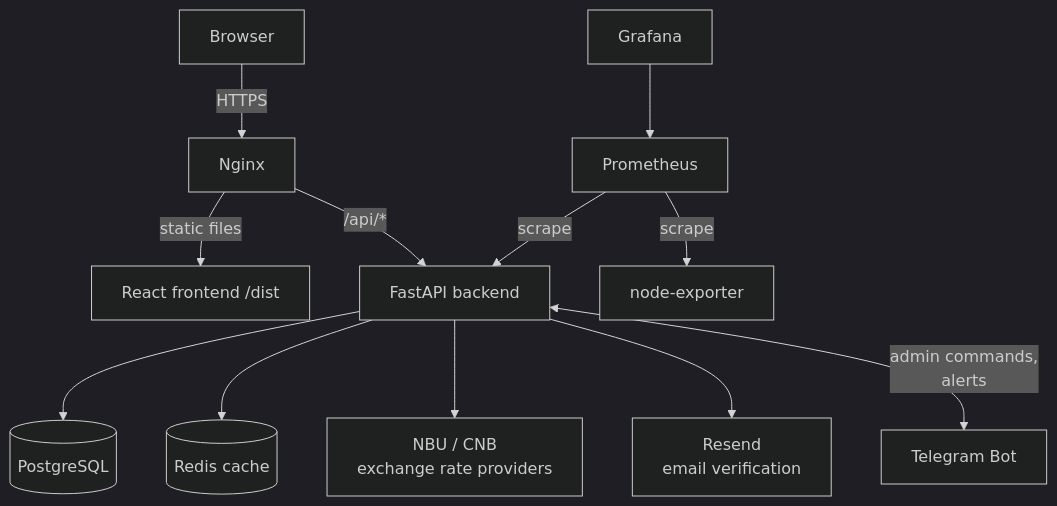
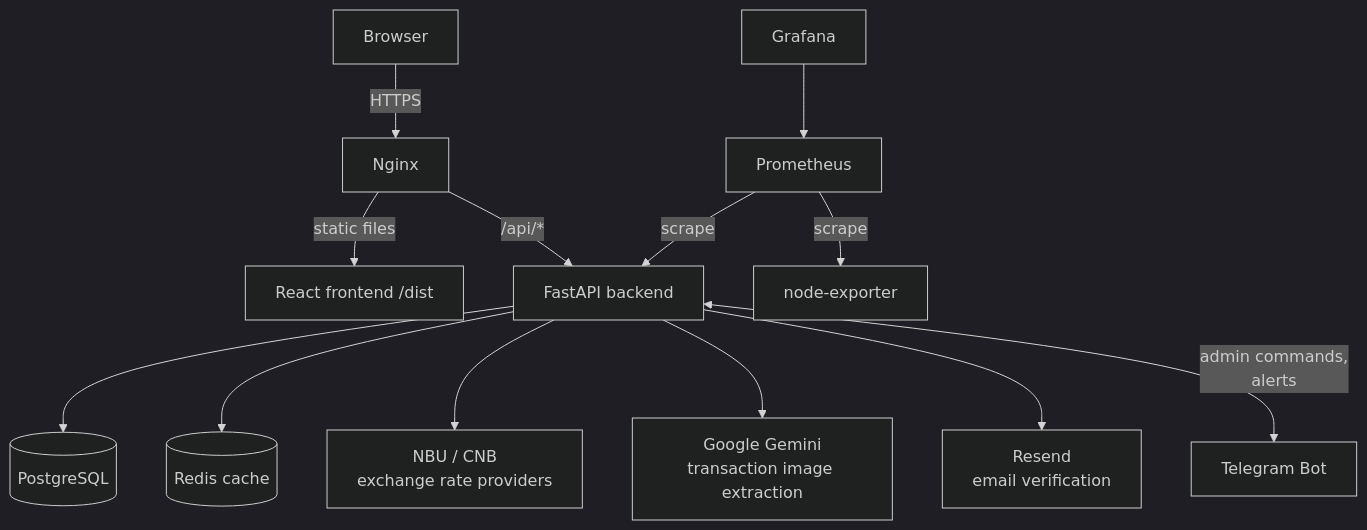
Before and after one commit to REvDl/FinFlow-showcase: the first of 2 diagrams in README.md, drawn with Mermaid (dark theme). The commit also changed other lines of this file, not shown here.

````diff
--- a/README.md
+++ b/README.md
@@ -23,14 +23,15 @@
 ```mermaid
 graph TB
     User[Browser] -->|HTTPS| Nginx
     Nginx -->|static files| React[React frontend /dist]
     Nginx -->|/api/*| FastAPI[FastAPI backend]
     FastAPI --> PG[(PostgreSQL)]
     FastAPI --> Redis[(Redis cache)]
     FastAPI --> Rates[NBU / CNB<br/>exchange rate providers]
+    FastAPI --> Gemini[Google Gemini<br/>transaction image extraction]
     FastAPI --> Resend[Resend<br/>email verification]
     FastAPI <-->|admin commands,<br/>alerts| TGBot[Telegram Bot]
     Prometheus -->|scrape| FastAPI
     Prometheus -->|scrape| NodeExp[node-exporter]
     Grafana --> Prometheus
 ```
````
